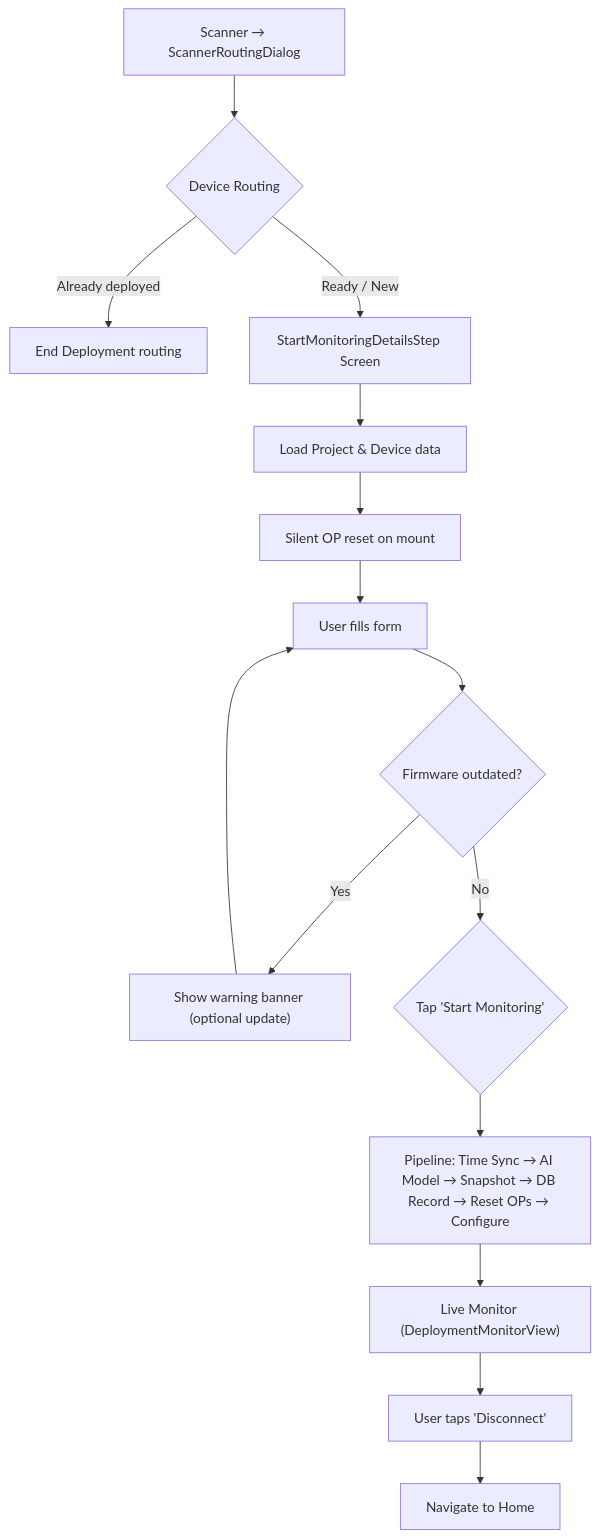
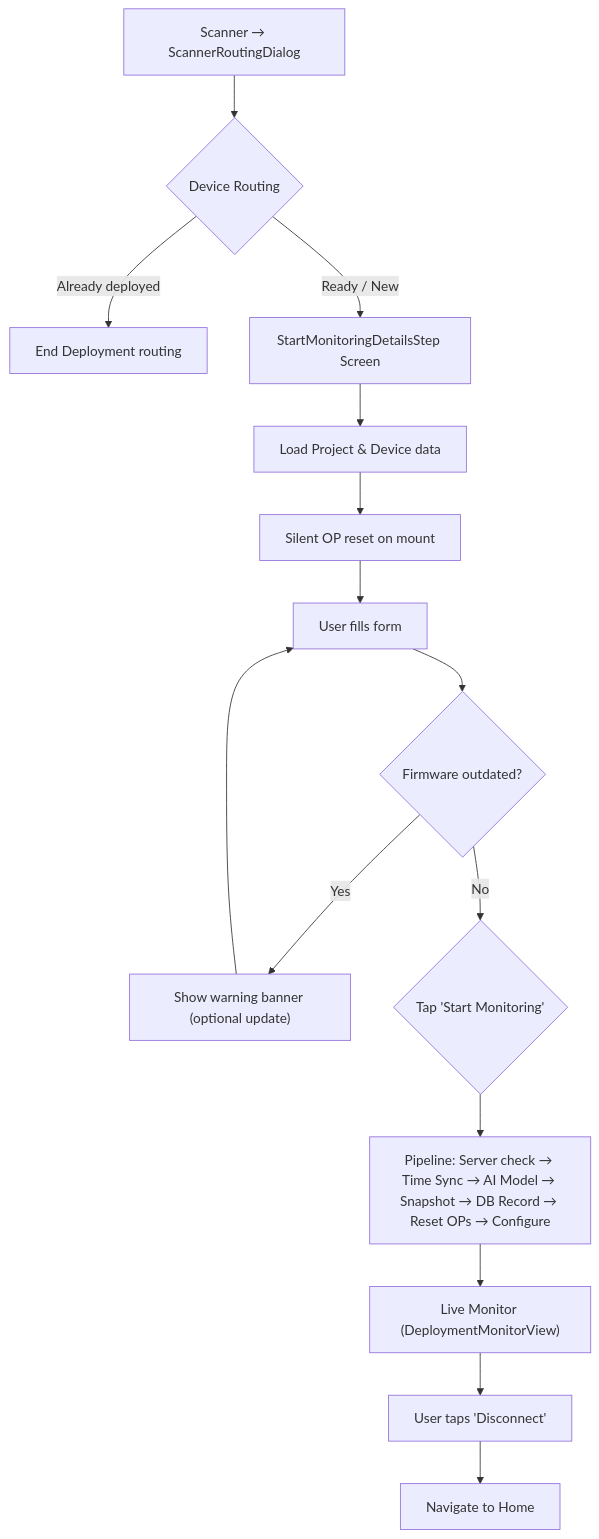
Before and after one commit to wildlifeai/ww-mobile-app: the second of 3 diagrams in documentation/onboarding/05-DEVICE-FLOWS.md, drawn with Mermaid. The commit also changed other lines of this file and 9 other files, not shown here.

````diff
--- a/documentation/onboarding/05-DEVICE-FLOWS.md
+++ b/documentation/onboarding/05-DEVICE-FLOWS.md
@@ -53,18 +53,18 @@
 ```mermaid
 flowchart TD
     A["Scanner → ScannerRoutingDialog"] --> B{"Device Routing"}
     B -- "Already deployed" --> C["End Deployment routing"]
     B -- "Ready / New" --> D["StartMonitoringDetailsStep Screen"]
     
     D --> E["Load Project & Device data"]
     E --> F["Silent OP reset on mount"]
     F --> G["User fills form"]
     G --> H{"Firmware outdated?"}
     H -- Yes --> I["Show warning banner (optional update)"]
     I --> G
     H -- No --> J{"Tap 'Start Monitoring'"}
-    J --> K["Pipeline: Time Sync → AI Model → Snapshot → DB Record → Reset OPs → Configure"]
+    J --> K["Pipeline: Server check → Time Sync → AI Model → Snapshot → DB Record → Reset OPs → Configure"]
     K --> L["Live Monitor (DeploymentMonitorView)"]
     L --> M["User taps 'Disconnect'"]
     M --> N["Navigate to Home"]
 ```
````
